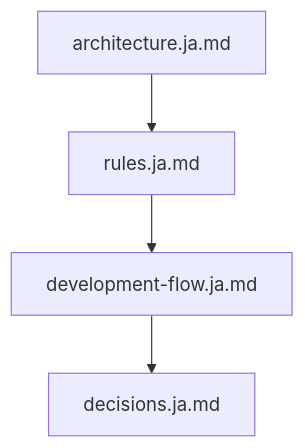
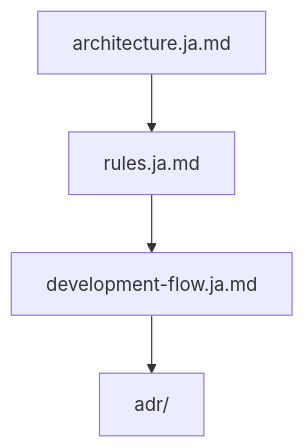
The second of 7 diagrams in docs/ja/index.ja.md (Tomy-ch/go-boilerplate), drawn with Mermaid before and after one commit. The commit also changed other lines of this file and 7 other files, not shown here.

````diff
--- a/docs/ja/index.ja.md
+++ b/docs/ja/index.ja.md
@@ -31,4 +31,4 @@
 ```mermaid
 flowchart TB
-    A["architecture.ja.md"] --> B["rules.ja.md"] --> C["development-flow.ja.md"] --> D["decisions.ja.md"]
+    A["architecture.ja.md"] --> B["rules.ja.md"] --> C["development-flow.ja.md"] --> D["adr/"]
 ```
````
